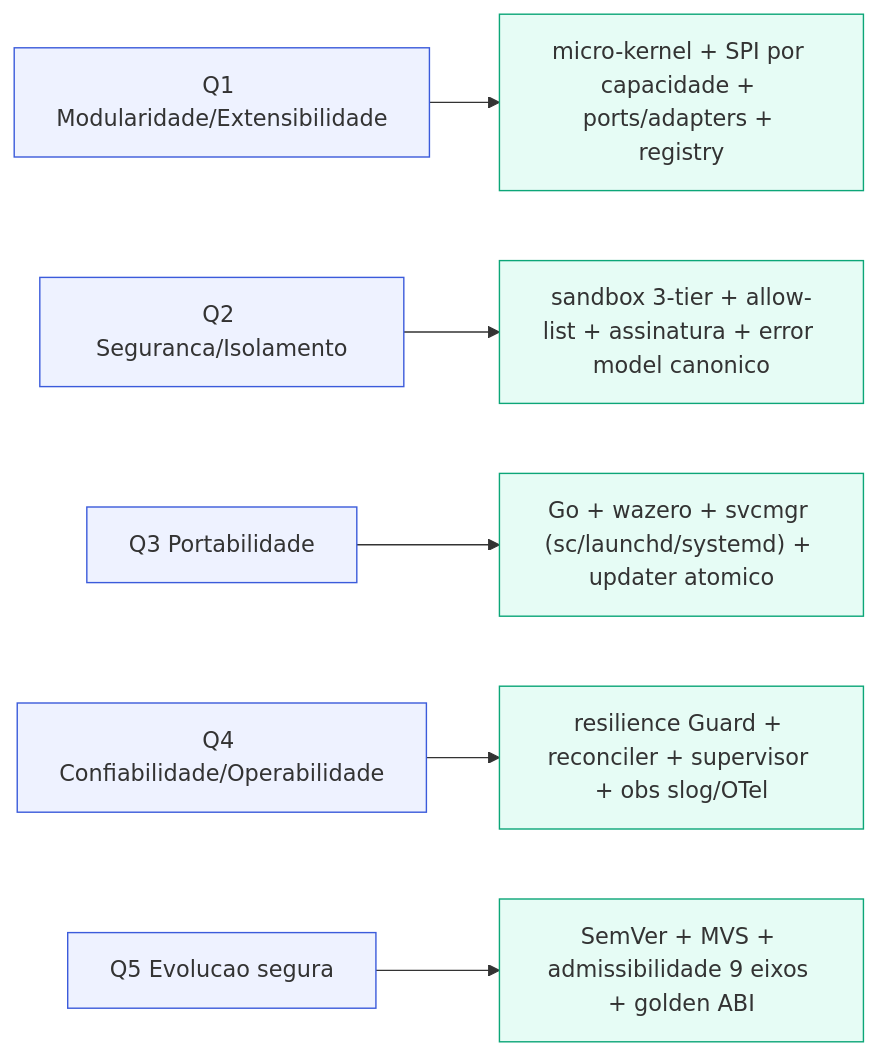
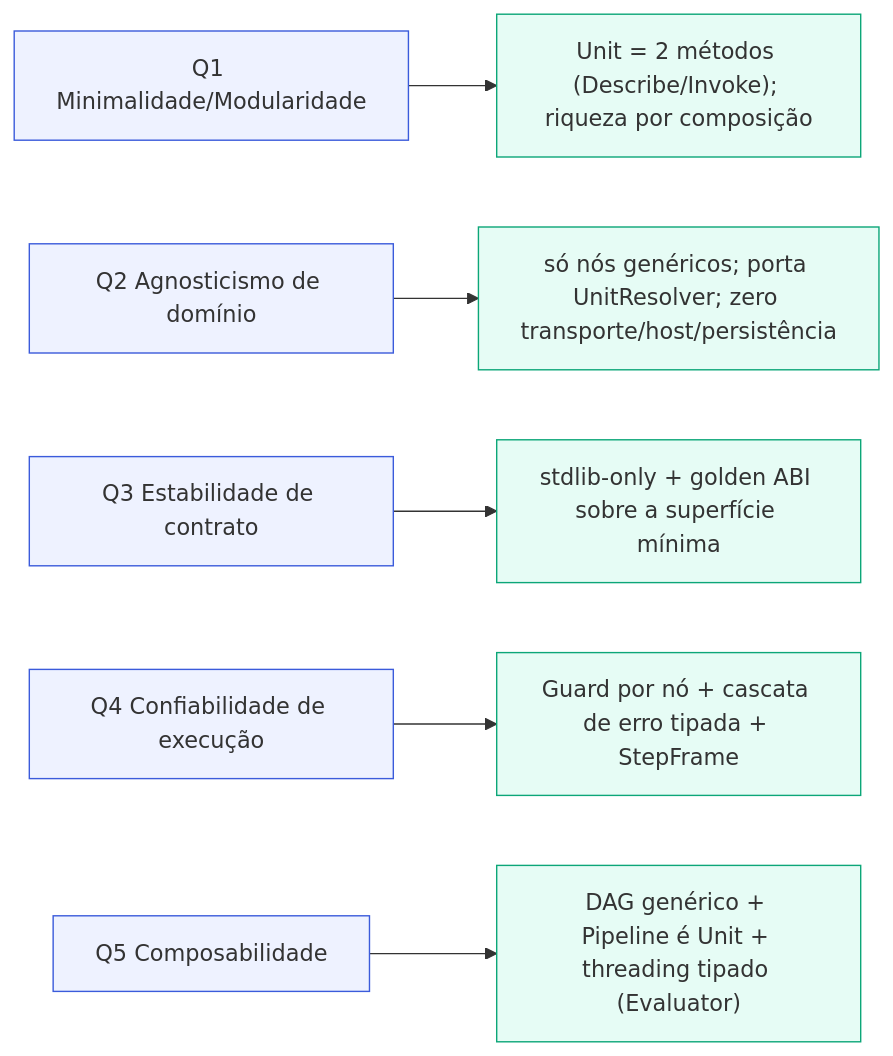
Before and after one commit to PlugfyOS/plugfy.framework.contracts: the third of 17 diagrams in docs/architecture/plugfy-framework-architecture.md, drawn with Mermaid. The commit also changed other lines of this file and 1 other file, not shown here.

First line of the commit message:
docs(architecture): rewrite framework arch doc to final state — Unit + Pipeline + Execution only

````diff
--- a/docs/architecture/plugfy-framework-architecture.md
+++ b/docs/architecture/plugfy-framework-architecture.md
@@ -216,11 +230,11 @@
 ```mermaid
 flowchart LR
   classDef g fill:#eef2ff,stroke:#3b5bdb;
   classDef t fill:#e6fcf5,stroke:#0ca678;
-  G1["Q1 Modularidade/Extensibilidade"] --> T1["micro-kernel + SPI por capacidade + ports/adapters + registry"]
-  G2["Q2 Seguranca/Isolamento"] --> T2["sandbox 3-tier + allow-list + assinatura + error model canonico"]
-  G3["Q3 Portabilidade"] --> T3["Go + wazero + svcmgr (sc/launchd/systemd) + updater atomico"]
-  G4["Q4 Confiabilidade/Operabilidade"] --> T4["resilience Guard + reconciler + supervisor + obs slog/OTel"]
-  G5["Q5 Evolucao segura"] --> T5["SemVer + MVS + admissibilidade 9 eixos + golden ABI"]
+  G1["Q1 Minimalidade/Modularidade"] --> T1["Unit = 2 métodos (Describe/Invoke); riqueza por composição"]
+  G2["Q2 Agnosticismo de domínio"] --> T2["só nós genéricos; porta UnitResolver; zero transporte/host/persistência"]
+  G3["Q3 Estabilidade de contrato"] --> T3["stdlib-only + golden ABI sobre a superfície mínima"]
+  G4["Q4 Confiabilidade de execução"] --> T4["Guard por nó + cascata de erro tipada + StepFrame"]
+  G5["Q5 Composabilidade"] --> T5["DAG genérico + Pipeline é Unit + threading tipado (Evaluator)"]
   class G1,G2,G3,G4,G5 g; class T1,T2,T3,T4,T5 t;
 ```
````
